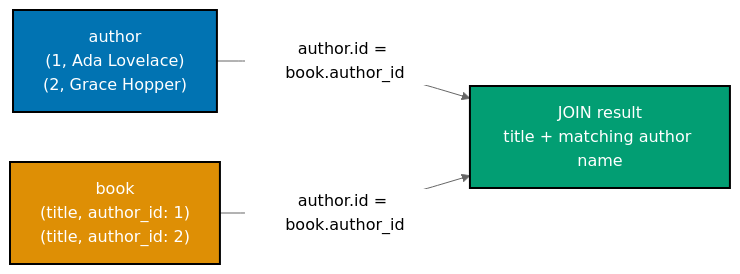
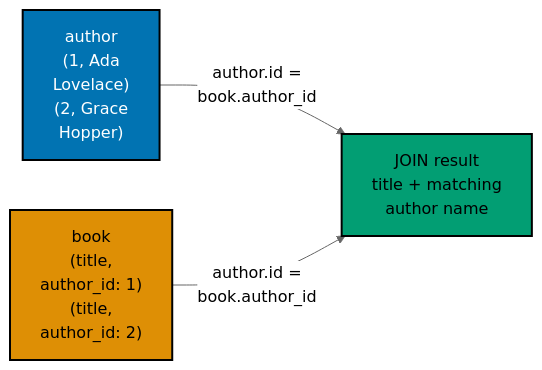
Before and after one commit to wahidyankf/ose-public: the eighth of 9 diagrams in apps/ayokoding-www/content/en/learn/courses/sql-essentials/learning/beginner.md, drawn with Mermaid (neutral theme). The commit also changed other lines of this file and 145 other files, not shown here.

First line of the commit message:
fix(mermaid): bring the second half of the courses diagrams onto the accessible palette

````diff
--- a/apps/ayokoding-www/content/en/learn/courses/sql-essentials/learning/beginner.md
+++ b/apps/ayokoding-www/content/en/learn/courses/sql-essentials/learning/beginner.md
@@ -1421,14 +1442,17 @@
 ```mermaid
 %% Color Palette: Blue #0173B2, Orange #DE8F05, Teal #029E73 -- color-blind friendly, WCAG AA
 graph LR
-    A["author<br/>#40;1, Ada Lovelace#41;<br/>#40;2, Grace Hopper#41;"]:::blue
-    B["book<br/>#40;title, author_id: 1#41;<br/>#40;title, author_id: 2#41;"]:::orange
-    C["JOIN result<br/>title + matching author name"]:::teal
+    accTitle: Example 28: Inner Join Two Tables
+    accDescr: Graph with 3 nodes and 2 connections. Nodes: author 401, Ada Lovelace41 402, Grace Hopper41, book 40title, author_id: 141 40title, author_id: 241, JOIN result title + matching author name. Connections: author 401, Ada Lovelace41 402, Grace Hopper41 to JOIN result title + matching author name (author.id = book.author_id), book 40title, author_id: 141 40title, author_id: 241 to JOIN result title + matching author name (author.id = book.author_id).
+    A["author<br/>#40;1, Ada<br/>Lovelace#41;<br/>#40;2, Grace<br/>Hopper#41;"]:::blue
+    B["book<br/>#40;title,<br/>author_id: 1#41;<br/>#40;title,<br/>author_id: 2#41;"]:::orange
+    C["JOIN result<br/>title + matching<br/>author name"]:::teal
 
-    A -->|"author.id = book.author_id"| C
-    B -->|"author.id = book.author_id"| C
+    A -->|"author.id =<br/>book.author_id"| C
+    B -->|"author.id =<br/>book.author_id"| C
 
     classDef blue fill:#0173B2,stroke:#000000,color:#FFFFFF,stroke-width:2px
-    classDef orange fill:#DE8F05,stroke:#000000,color:#FFFFFF,stroke-width:2px
-    classDef teal fill:#029E73,stroke:#000000,color:#FFFFFF,stroke-width:2px
+    classDef orange fill:#DE8F05,stroke:#000000,color:#000000,stroke-width:2px
+    classDef teal fill:#029E73,stroke:#000000,color:#000000,stroke-width:2px
+    classDef default fill:#FFFFFF,stroke:#000000,color:#000000
 ```
````
